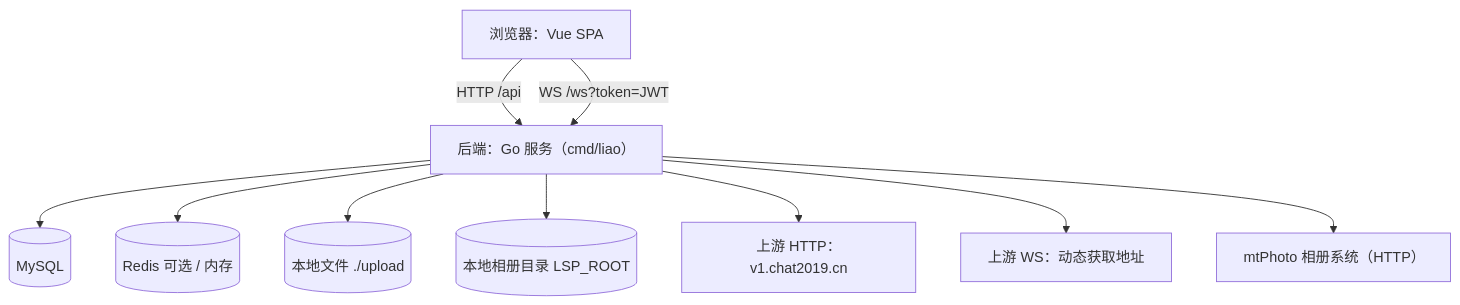
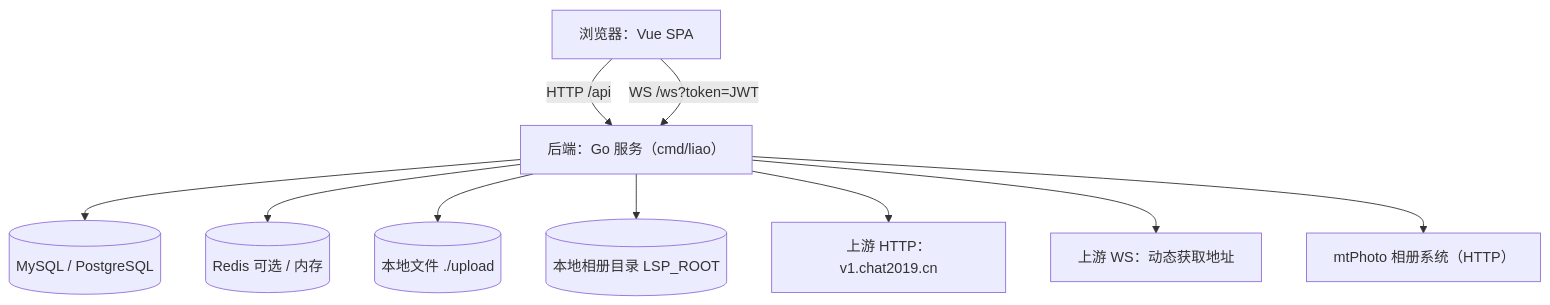
One commit to zcw199604/liao changed the first of 2 diagrams in helloagents/modules/arch.md. Above: the diagram before and after it, drawn with Mermaid. The commit also changed other lines of this file and 106 other files, not shown here.

Commit message:
feat(db): 支持 MySQL+PostgreSQL 双栈（仅 DB_URL scheme 切换） / Dual-stack MySQL+PostgreSQL via DB_URL scheme

````diff
--- a/helloagents/modules/arch.md
+++ b/helloagents/modules/arch.md
@@ -7,12 +7,12 @@
 ```mermaid
 flowchart TD
   FE[浏览器：Vue SPA] -->|HTTP /api| BE[后端：Go 服务（cmd/liao）]
   FE -->|WS /ws?token=JWT| BE
-  BE --> DB[(MySQL)]
+  BE --> DB[(MySQL / PostgreSQL)]
   BE --> CACHE[(Redis 可选 / 内存)]
   BE --> FS[(本地文件 ./upload)]
   BE --> LSP[(本地相册目录 LSP_ROOT)]
   BE --> UPHTTP[上游 HTTP：v1.chat2019.cn]
   BE --> UPWS[上游 WS：动态获取地址]
   BE --> MTP[mtPhoto 相册系统（HTTP）]
 ```
````
